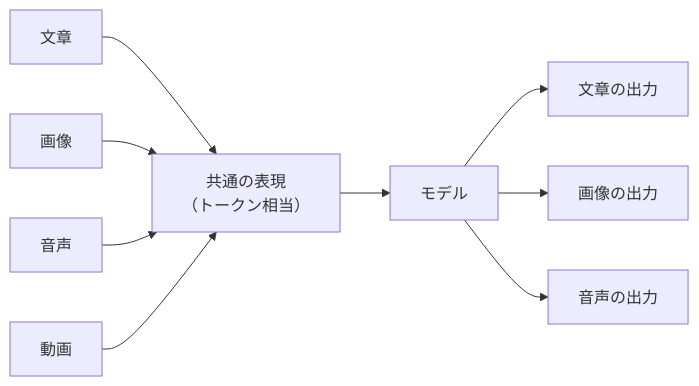
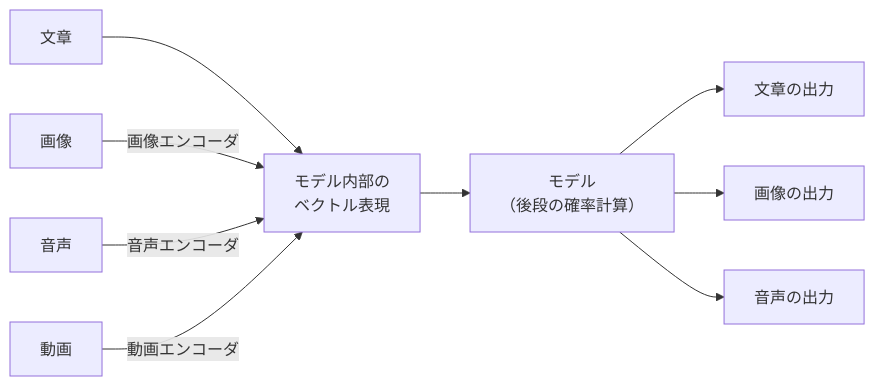
Before and after one commit to ma2saka/docs-claude-sample: the diagram in docs/03-multimodal.md, drawn with Mermaid. The commit also changed other lines of this file and 1 other file, not shown here.

Commit message:
docs: 03章マルチモーダル説明を「前段（様式ごとの変換）+ 後段（テキストと共通の確率計算）」の2段構成に書き直し
03章冒頭の説明と02章末尾の関連節で、マルチモーダルの内部処理を「テキスト
と同じ処理が動いている」と断定的に書いていた。実際には、画像や音声は
専用のエンコーダで前段の変換が行われ、後段でテキストと共通の確率計算に
合流する2段構成である。

着地点（Issue #162）に沿って、次の3点を調整した。

- 03章L17の段落とL31の締め文を、前段（様式ごとの変換）と後段（テキストと
  共通の確率計算）の2段で説明する形に書き直す。「テキストのトークンに
  相当する単位」「同じ処理が動いています」のような断定を外す。
- 03章のmermaid図のラベルを、「共通の表現（トークン相当）」から「モデル
  内部のベクトル表現」へ変更し、各様式の入力エッジに「画像エンコーダ／
  音声エンコーダ／動画エンコーダ」のラベルを付与。後段ノードを「モデル
  （後段の確率計算）」に明示。
- 02章の関連節（「画像や音声も同じ確率計算の枠組みで扱える」）の節題
  と本文を、03章と整合する2段構成の説明に揃え直す。

Refs: #162

````diff
--- a/docs/03-multimodal.md
+++ b/docs/03-multimodal.md
@@ -19,11 +19,11 @@
 ```mermaid
 flowchart LR
-    T["文章"] --> E["共通の表現<br/>（トークン相当）"]
-    I["画像"] --> E
-    A["音声"] --> E
-    V["動画"] --> E
-    E --> M["モデル"]
+    T["文章"] --> E["モデル内部の<br/>ベクトル表現"]
+    I["画像"] -->|画像エンコーダ| E
+    A["音声"] -->|音声エンコーダ| E
+    V["動画"] -->|動画エンコーダ| E
+    E --> M["モデル<br/>（後段の確率計算）"]
     M --> OT["文章の出力"]
     M --> OI["画像の出力"]
     M --> OA["音声の出力"]
 ```
````
